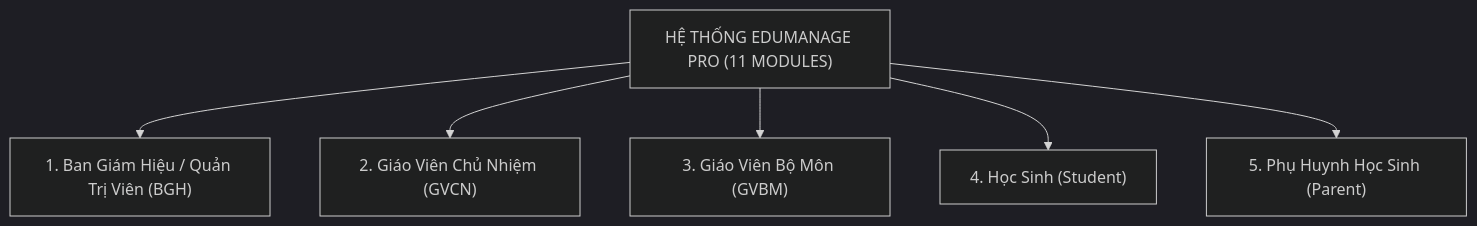
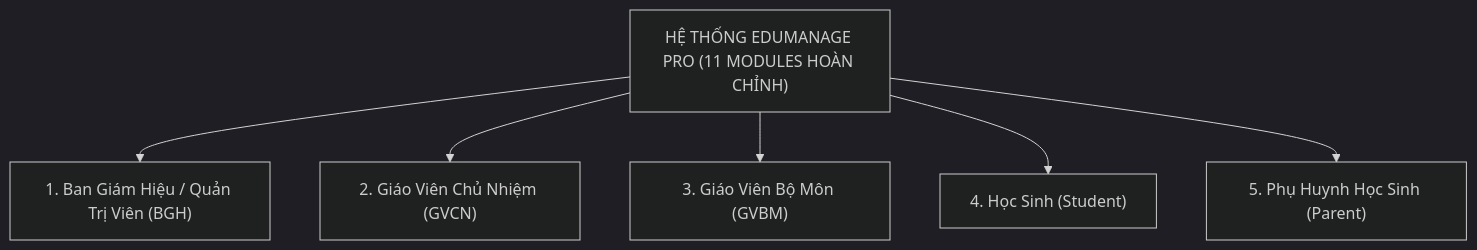
One commit to DYBInh2k5/Phat-Trien-Du-An-Phan-Mem changed the first of 4 diagrams in Report_Slide/slide.md. Above: the diagram before and after it, drawn with Mermaid (dark theme). The commit also changed other lines of this file and 1 other file, not shown here.

````diff
--- a/Report_Slide/slide.md
+++ b/Report_Slide/slide.md
@@ -62,9 +65,9 @@
 ```mermaid
 graph TD
-    System["HỆ THỐNG EDUMANAGE PRO (11 MODULES)"]
+    System["HỆ THỐNG EDUMANAGE PRO (11 MODULES HOÀN CHỈNH)"]
     System --> Role1["1. Ban Giám Hiệu / Quản Trị Viên (BGH)"]
     System --> Role2["2. Giáo Viên Chủ Nhiệm (GVCN)"]
     System --> Role3["3. Giáo Viên Bộ Môn (GVBM)"]
     System --> Role4["4. Học Sinh (Student)"]
     System --> Role5["5. Phụ Huynh Học Sinh (Parent)"]
 ```
````
